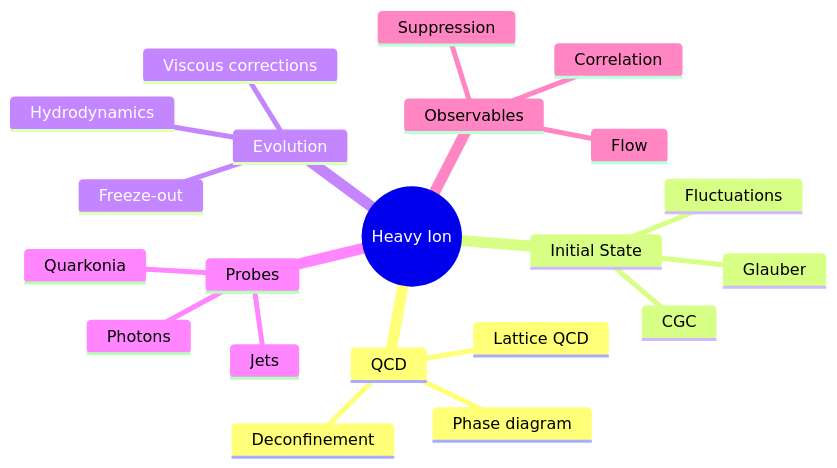
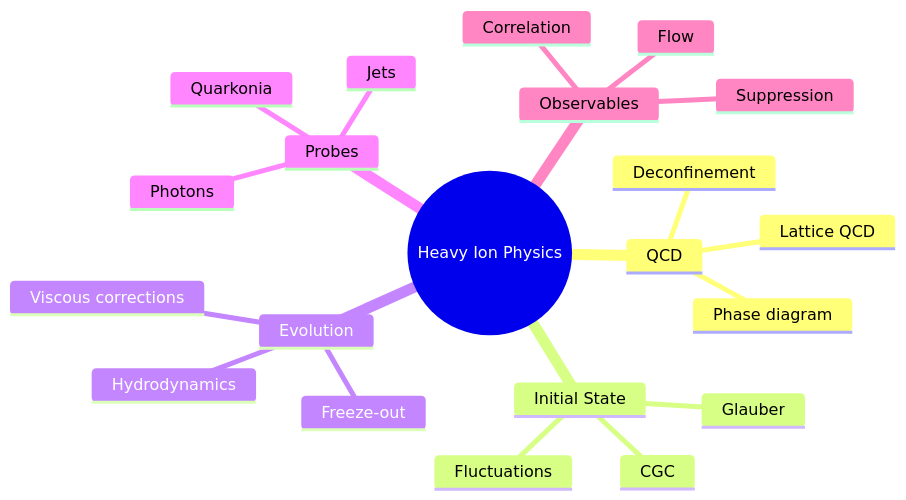
One commit to yip-lgtm/PhysicsSelfStudy changed the first of 5 diagrams in 03_MSc_Physics/electives/MSPY_6810_Heavy_Ion_Collision/README.md. Above: the diagram before and after it, drawn with Mermaid. The commit also changed other lines of this file and 17 other files, not shown here.

````diff
--- a/03_MSc_Physics/electives/MSPY_6810_Heavy_Ion_Collision/README.md
+++ b/03_MSc_Physics/electives/MSPY_6810_Heavy_Ion_Collision/README.md
@@ -219,24 +331,24 @@
 ```mermaid
 mindmap
-  root((Heavy Ion))
+  root((Heavy Ion Physics))
     QCD
       Phase diagram
       Lattice QCD
       Deconfinement
     Initial State
       Glauber
       CGC
       Fluctuations
     Evolution
       Hydrodynamics
       Viscous corrections
       Freeze-out
     Probes
       Jets
       Quarkonia
       Photons
     Observables
       Flow
       Correlation
       Suppression
 ```
````
